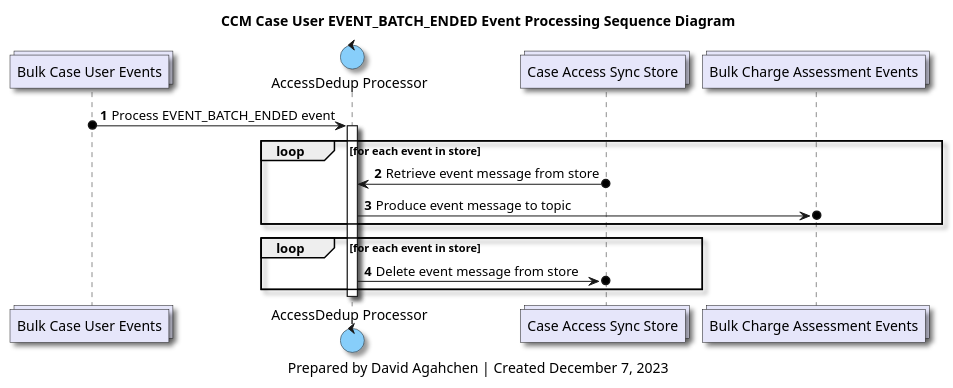
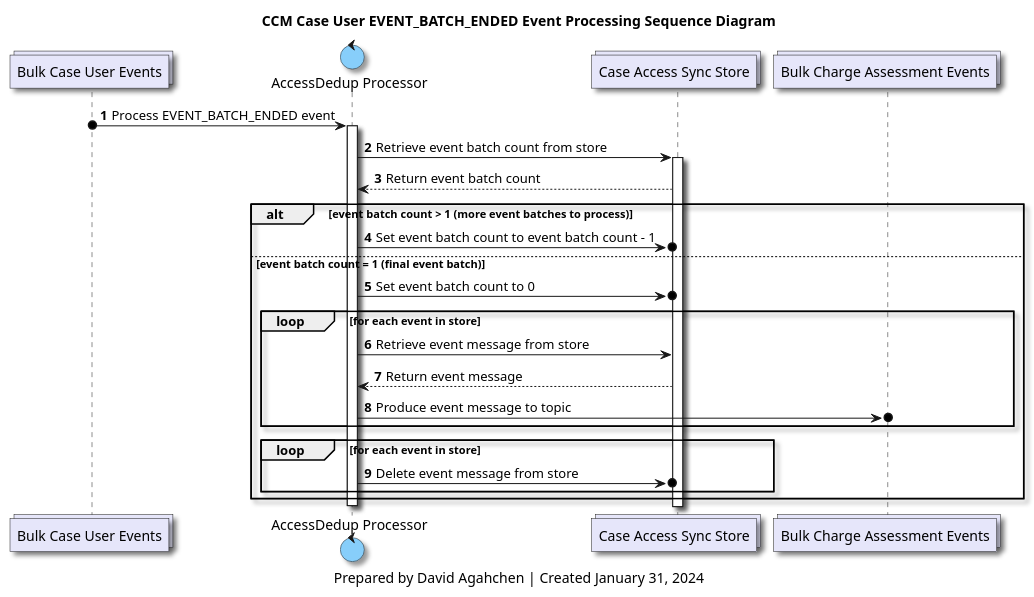
One commit to bcgov/jpss-jade-ccm changed the diagram in diagrams/ccm_case_user_event_batch_ended_processing_sequence_diagram.plantuml. Above: the diagram before and after it, drawn with PlantUML. The commit also changed 12 other files, not shown here.

Commit message:
Add new sequence diagrams and delete old ones

```diff
--- a/diagrams/ccm_case_user_event_batch_ended_processing_sequence_diagram.plantuml
+++ b/diagrams/ccm_case_user_event_batch_ended_processing_sequence_diagram.plantuml
@@ -1,43 +1,55 @@
 @startuml
 'hide footbox
 
 skinparam Shadowing true
 skinparam CollectionsBackgroundColor Lavender
 skinparam ControlBackgroundColor LightSkyBlue
 skinparam BoundaryBackgroundColor LightGrey
 
 /' 
 Available colours
 https://plantuml-documentation.readthedocs.io/en/latest/formatting/color-names.html
 '/
 
 collections bulk_case_users_topic as "Bulk Case User Events"
 control accessdedup_processor as "AccessDedup Processor"
 collections case_access_sync_store as "Case Access Sync Store"
 collections bulk_charge_assessments_topic as "Bulk Charge Assessment Events"
 
 title
 CCM Case User EVENT_BATCH_ENDED Event Processing Sequence Diagram
 end title
 
 autonumber
 
 bulk_case_users_topic o-> accessdedup_processor : Process EVENT_BATCH_ENDED event
 
 activate accessdedup_processor
 
-loop for each event in store
-    accessdedup_processor <-o case_access_sync_store : Retrieve event message from store
-    accessdedup_processor ->o bulk_charge_assessments_topic : Produce event message to topic
-end loop
+accessdedup_processor -> case_access_sync_store : Retrieve event batch count from store
+activate case_access_sync_store
+case_access_sync_store --> accessdedup_processor : Return event batch count
 
-loop for each event in store
-    accessdedup_processor ->o case_access_sync_store : Delete event message from store
-end loop
+alt event batch count > 1 (more event batches to process)
+    accessdedup_processor ->o case_access_sync_store : Set event batch count to event batch count - 1
+else event batch count = 1 (final event batch)
+    accessdedup_processor ->o case_access_sync_store : Set event batch count to 0
+
+    loop for each event in store
+        accessdedup_processor -> case_access_sync_store : Retrieve event message from store
+        accessdedup_processor <-- case_access_sync_store : Return event message
+        accessdedup_processor ->o bulk_charge_assessments_topic : Produce event message to topic
+    end loop
+
+    loop for each event in store
+        accessdedup_processor ->o case_access_sync_store : Delete event message from store
+    end loop
+
+end
 
 deactivate accessdedup_processor
 
 caption
-Prepared by David Agahchen | Created December 7, 2023
+Prepared by David Agahchen | Created January 31, 2024
 end caption
 @enduml
```
